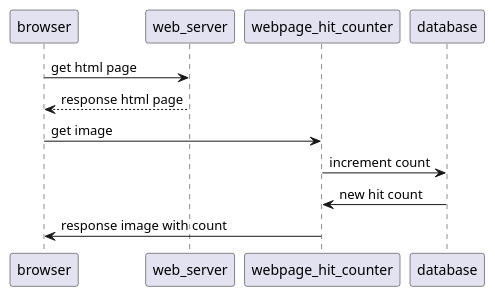
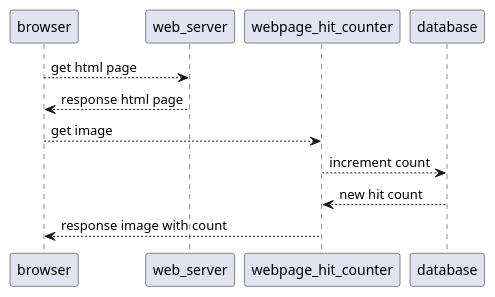
Before and after one commit to bestia-dev/webpage_hit_counter: the diagram in README.md, drawn with PlantUML. The commit also changed other lines of this file and 1 other file, not shown here.

````diff
--- a/README.md
+++ b/README.md
@@ -45,11 +44,11 @@
 ```plantuml
 @startuml
-browser -> web_server: get html page
-web_server--> browser : response html page
+browser --> web_server: get html page
+web_server --> browser : response html page
 
-browser -> webpage_hit_counter: get image
-webpage_hit_counter -> database : increment count
-database -> webpage_hit_counter : new hit count
-webpage_hit_counter -> browser : response image with count
+browser --> webpage_hit_counter: get image
+webpage_hit_counter --> database : increment count
+database --> webpage_hit_counter : new hit count
+webpage_hit_counter --> browser : response image with count
 @enduml
 ```
````
